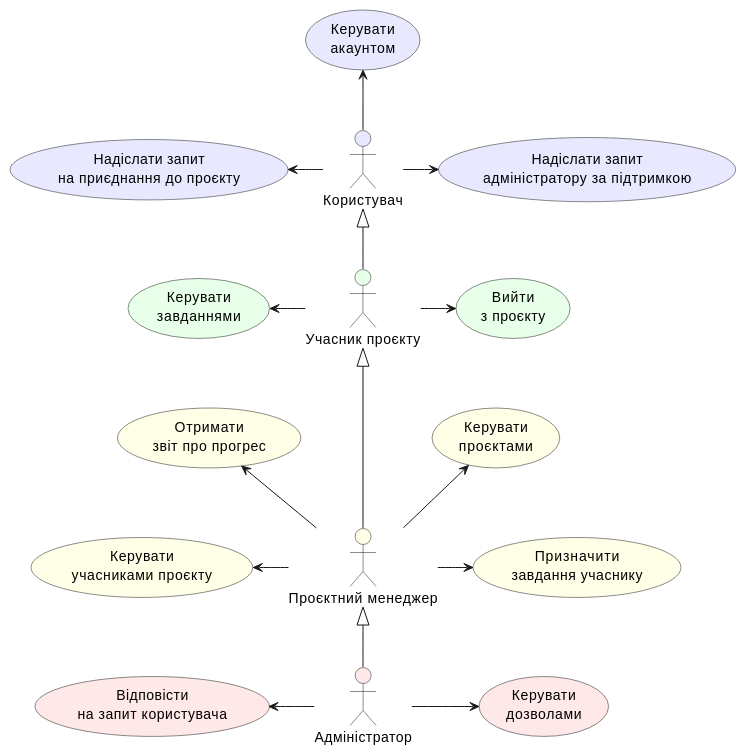
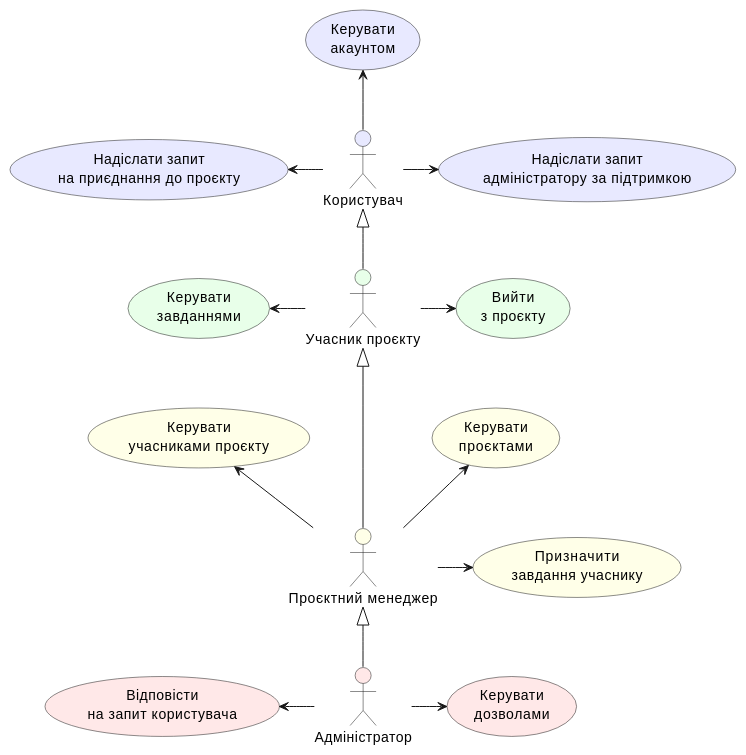
The first of 5 diagrams in docs/use cases/README.md (wiiiolettaaaaa/coursework_database), drawn with PlantUML before and after one commit.

Commit message:
fix: fixed general scheme

```diff
--- a/docs/use cases/README.md
+++ b/docs/use cases/README.md
@@ -13,51 +13,46 @@
 @startuml
 
     actor "Користувач" as User #e8e9ff
     actor "Учасник проєкту" as ProjectMember #e8ffe9
     actor "Проєктний менеджер" as ProjectManager #ffffe8
     actor "Адміністратор" as Admin #ffe8e8
 
     ProjectMember -u-|> User
     ProjectManager -u-|> ProjectMember
     Admin -u-|> ProjectManager
 
     usecase "Керувати\nакаунтом" as AccountManage #e8e9ff
     usecase "Надіслати запит\nна приєднання до проєкту" as SendProjectConnectRequest #e8e9ff
     usecase "Надіслати запит\nадміністратору за підтримкою" as SendHelpRequest #e8e9ff
 
     User -u-> AccountManage
     User -l-> SendProjectConnectRequest
     User -r-> SendHelpRequest
 
     usecase "Керувати\nзавданнями" as TaskManage #e8ffe9
     usecase "Вийти\nз проєкту" as LeaveProject #e8ffe9
 
     SendHelpRequest -d[hidden]-> LeaveProject
     SendProjectConnectRequest -d[hidden]-> TaskManage
 
     ProjectMember -l-> TaskManage
     ProjectMember -r-> LeaveProject
 
     usecase "Керувати\nпроєктами" as ProjectManage #ffffe8
     usecase "Керувати\nучасниками проєкту" as ProjectMemberManage #ffffe8
     usecase "Призначити\nзавдання учаснику" as AssignTask #ffffe8
-    usecase "Отримати\nзвіт про прогрес" as GetProgressReport #ffffe8
 
     LeaveProject -d[hidden]-> ProjectManage
-    TaskManage -d[hidden]-> GetProgressReport
+    ProjectMemberManage -u[hidden]-> TaskManage
 
     ProjectManager -u-> ProjectManage
-    ProjectManager -u-> GetProgressReport
     ProjectManager -l-> ProjectMemberManage
     ProjectManager -r-> AssignTask
 
     usecase "Керувати\nдозволами" as ManagePermissions #ffe8e8
     usecase "Відповісти\nна запит користувача" as AnswerUserQuestion #ffe8e8
 
-    ProjectMemberManage -d[hidden]-> AnswerUserQuestion
-    ManagePermissions -u[hidden]-> AssignTask
-
     Admin -r-> ManagePermissions
     Admin -l-> AnswerUserQuestion
 
 @enduml
```
